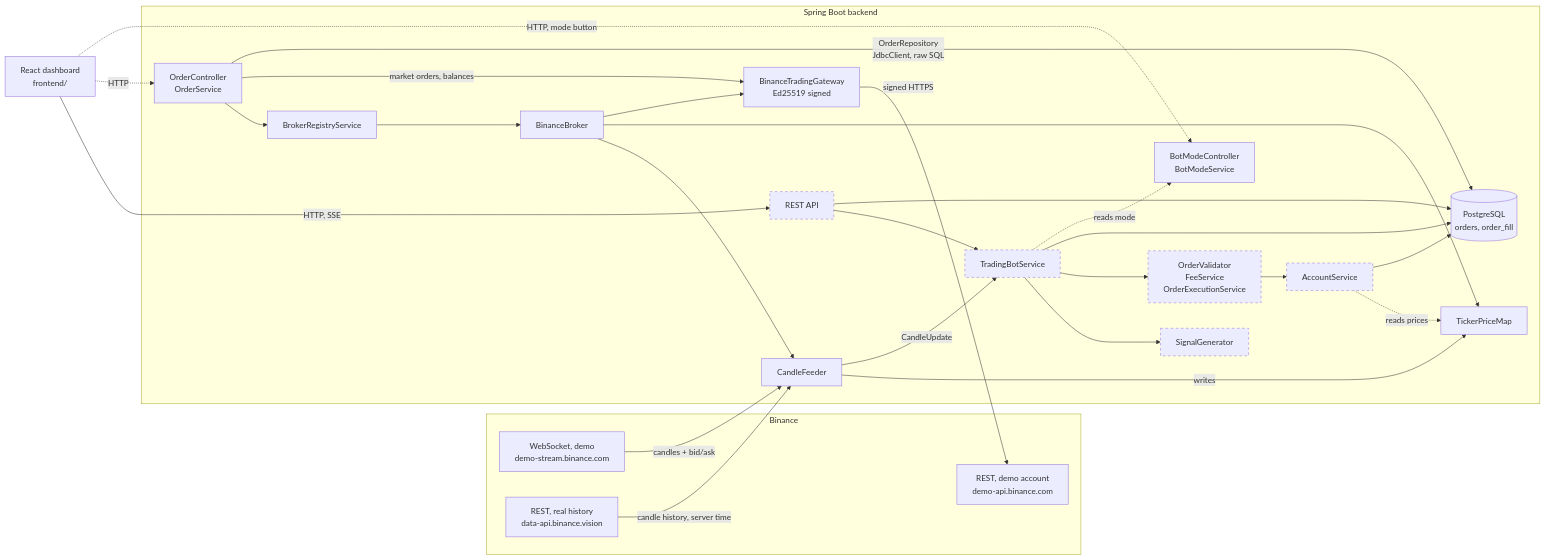
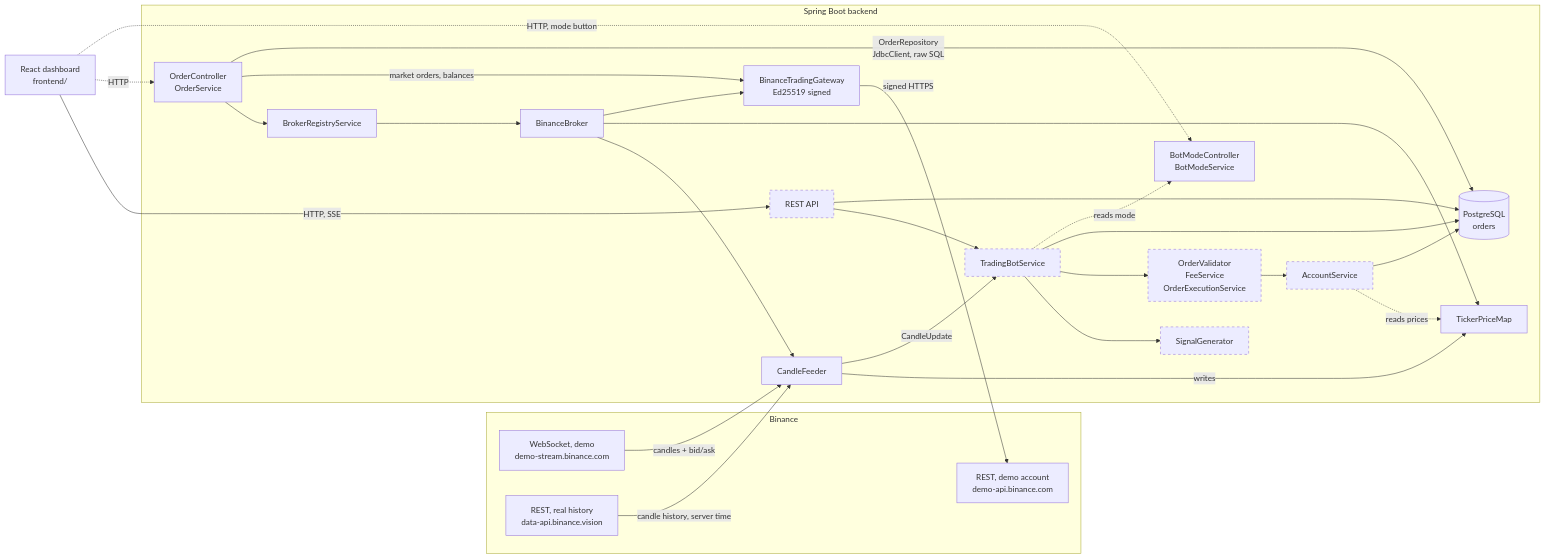
Before and after one commit to ShadowOfDiablo/t212-coding-task: the first of 29 diagrams in docs/ARCHITECTURE.md, drawn with Mermaid. The commit also changed other lines of this file and 10 other files, not shown here.

First line of the commit message:
Keep the order fee on orders instead of an order_fill table

````diff
--- a/docs/ARCHITECTURE.md
+++ b/docs/ARCHITECTURE.md
@@ -36,54 +36,54 @@
 ```mermaid
 flowchart LR
     subgraph Binance["Binance"]
         WS["WebSocket, demo<br/>demo-stream.binance.com"]
         REST["REST, real history<br/>data-api.binance.vision"]
         DemoApi["REST, demo account<br/>demo-api.binance.com"]
     end
 
     subgraph Backend["Spring Boot backend"]
         OrderApi["OrderController<br/>OrderService"]
         ModeApi["BotModeController<br/>BotModeService"]
         Registry["BrokerRegistryService"]
         Broker["BinanceBroker"]
         Feeder["CandleFeeder"]
         Prices["TickerPriceMap"]
         Gateway["BinanceTradingGateway<br/>Ed25519 signed"]
         Bot["TradingBotService"]
         Signal["SignalGenerator"]
         Orders["OrderValidator<br/>FeeService<br/>OrderExecutionService"]
         Account["AccountService"]
-        Db[("PostgreSQL<br/>orders, order_fill")]
+        Db[("PostgreSQL<br/>orders")]
         Api["REST API"]
     end
 
     Ui["React dashboard<br/>frontend/"]
 
     WS -- "candles + bid/ask" --> Feeder
     REST -- "candle history, server time" --> Feeder
     Registry --> Broker
     Broker --> Feeder
     Broker --> Prices
     Broker --> Gateway
     OrderApi --> Registry
     OrderApi -- "market orders, balances" --> Gateway
     Gateway -- "signed HTTPS" --> DemoApi
     OrderApi -- "OrderRepository<br/>JdbcClient, raw SQL" --> Db
     Feeder -- writes --> Prices
     Feeder -- CandleUpdate --> Bot
     Bot --> Signal
     Bot --> Orders
     Orders --> Account
     Account -. reads prices .-> Prices
     Account --> Db
     Bot --> Db
     Api --> Bot
     Api --> Db
     Ui -- "HTTP, SSE" --> Api
     Ui -. HTTP .-> OrderApi
     Ui -. "HTTP, mode button" .-> ModeApi
     Bot -. reads mode .-> ModeApi
 
     classDef planned stroke-dasharray: 5 5
     class Bot,Signal,Orders,Account,Api planned
 ```
````
